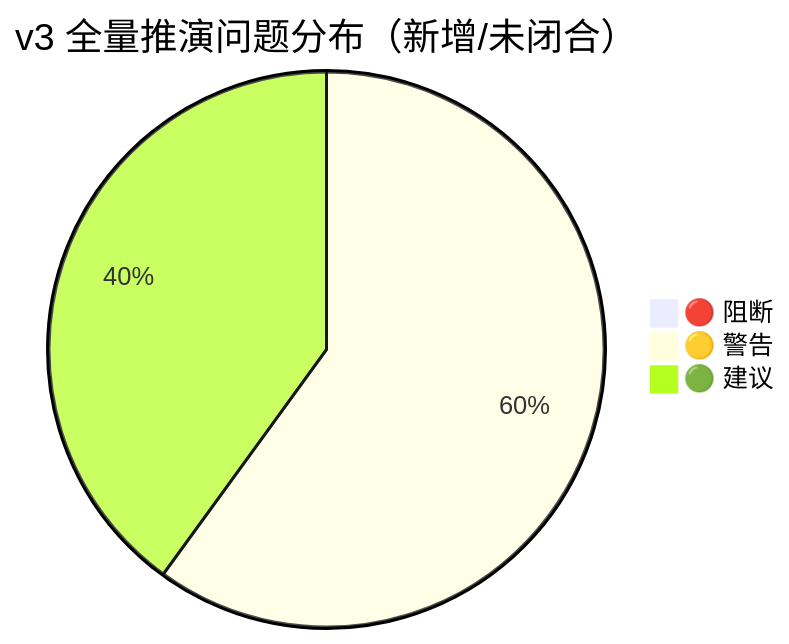
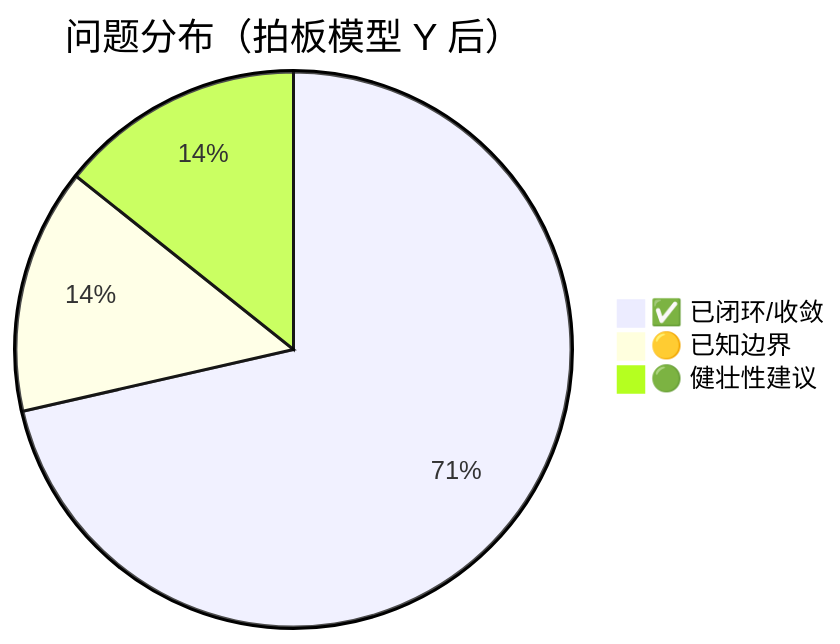
Before and after one commit to HACK-WU/kisearch: the third of 3 diagrams in .requirements/2026-07-17-KiSearch-zvec-node-mcp/review/scenario-rehearsal-v3.md, drawn with Mermaid. The commit also changed other lines of this file and 42 other files, not shown here.

````diff
--- a/.requirements/2026-07-17-KiSearch-zvec-node-mcp/review/scenario-rehearsal-v3.md
+++ b/.requirements/2026-07-17-KiSearch-zvec-node-mcp/review/scenario-rehearsal-v3.md
@@ -264,6 +151,6 @@
 ```mermaid
-pie title v3 全量推演问题分布（新增/未闭合）
-    "🔴 阻断" : 0
-    "🟡 警告" : 6
-    "🟢 建议" : 4
+pie title 问题分布（拍板模型 Y 后）
+    "✅ 已闭环/收敛" : 5
+    "🟡 已知边界" : 1
+    "🟢 健壮性建议" : 1
 ```
````
